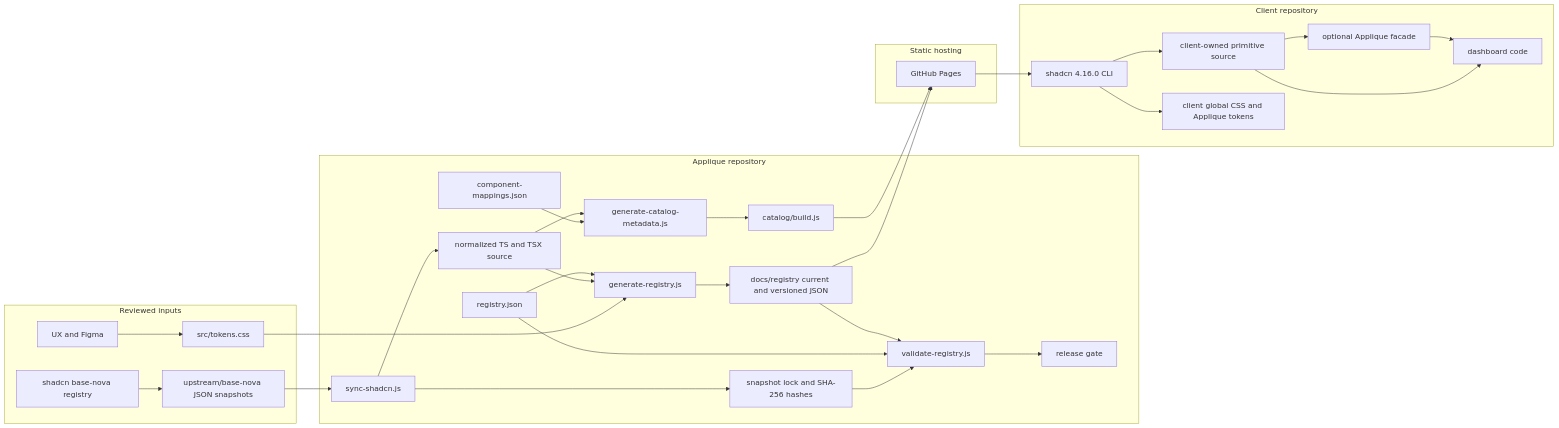
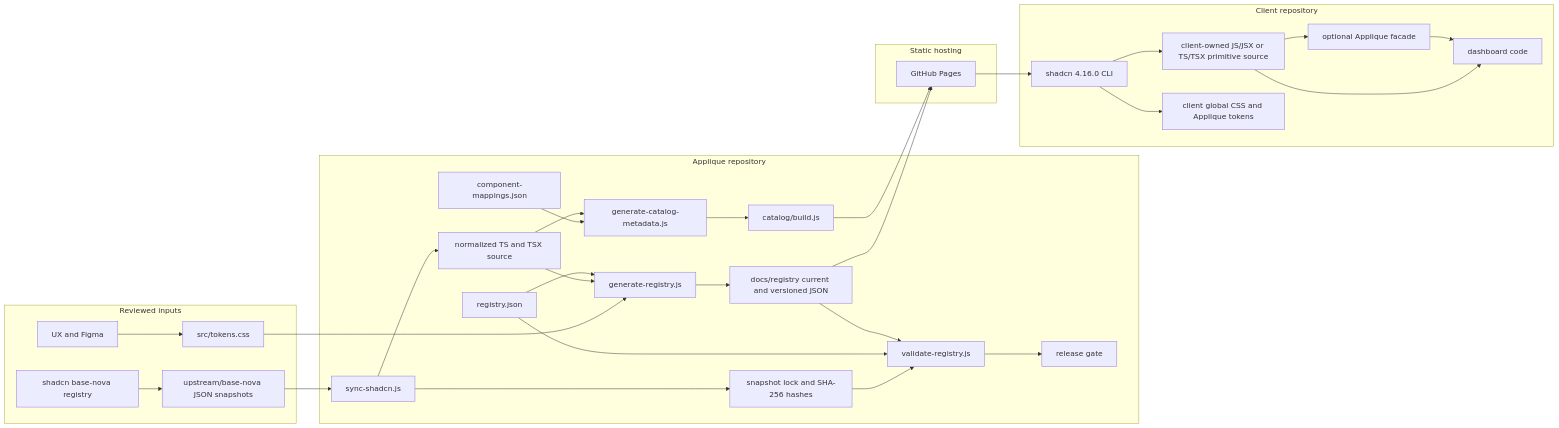
Before and after one commit to rohangore1999/applique-ui: the first of 7 diagrams in docs/REGISTRY.md, drawn with Mermaid. The commit also changed other lines of this file and 157 other files, not shown here.

````diff
--- a/docs/REGISTRY.md
+++ b/docs/REGISTRY.md
@@ -165,38 +188,38 @@
 ```mermaid
 flowchart LR
   subgraph Inputs["Reviewed inputs"]
     UX["UX and Figma"] --> Tokens["src/tokens.css"]
     Upstream["shadcn base-nova registry"] --> Snapshots["upstream/base-nova JSON snapshots"]
   end
 
   subgraph Applique["Applique repository"]
     Snapshots --> Sync["sync-shadcn.js"]
     Sync --> Sources["normalized TS and TSX source"]
     Sync --> Lock["snapshot lock and SHA-256 hashes"]
     Tokens --> Generator["generate-registry.js"]
     Sources --> Generator
     Lock --> Validator["validate-registry.js"]
     Manifest["registry.json"] --> Generator
     Manifest --> Validator
     Mappings["component-mappings.json"] --> Metadata["generate-catalog-metadata.js"]
     Sources --> Metadata
     Metadata --> Catalog["catalog/build.js"]
     Generator --> PublicRegistry["docs/registry current and versioned JSON"]
     PublicRegistry --> Validator
     Validator --> ReleaseGate["release gate"]
   end
 
   subgraph Hosting["Static hosting"]
     PublicRegistry --> Pages["GitHub Pages"]
     Catalog --> Pages
   end
 
   subgraph Client["Client repository"]
     Pages --> CLI["shadcn 4.16.0 CLI"]
-    CLI --> LocalPrimitives["client-owned primitive source"]
+    CLI --> LocalPrimitives["client-owned JS/JSX or TS/TSX primitive source"]
     CLI --> ClientCSS["client global CSS and Applique tokens"]
     LocalPrimitives --> Facade["optional Applique facade"]
     LocalPrimitives --> App["dashboard code"]
     Facade --> App
   end
 ```
````
